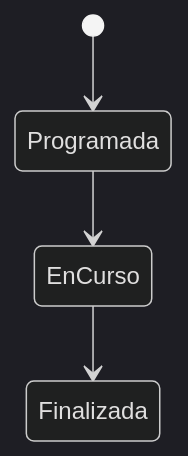
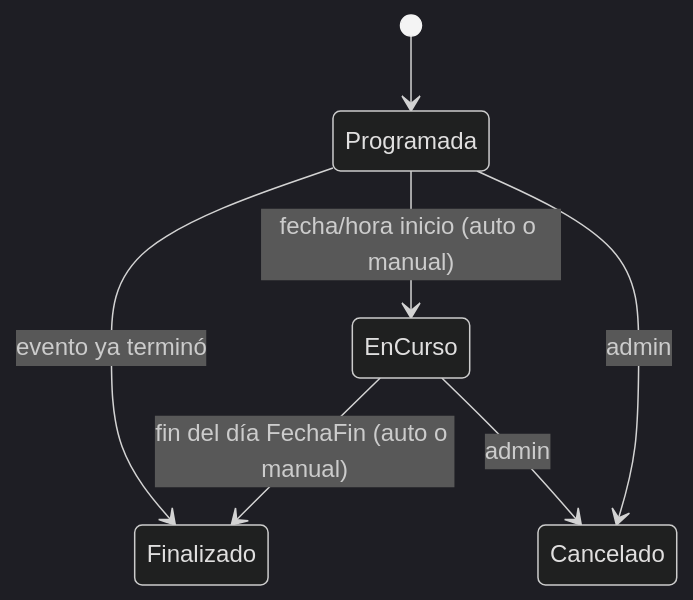
Before and after one commit to EzequielDigiacomo/SportTrack-Sigdef: the seventh of 11 diagrams in docs/tecnico/diagramas/02-casos-actividad-estados.md, drawn with Mermaid (dark theme). The commit also changed other lines of this file and 31 other files, not shown here.

````diff
--- a/docs/tecnico/diagramas/02-casos-actividad-estados.md
+++ b/docs/tecnico/diagramas/02-casos-actividad-estados.md
@@ -89,6 +94,9 @@
 ```mermaid
 stateDiagram-v2
     [*] --> Programada
-    Programada --> EnCurso
-    EnCurso --> Finalizada
+    Programada --> EnCurso: fecha/hora inicio (auto o manual)
+    EnCurso --> Finalizado: fin del día FechaFin (auto o manual)
+    Programada --> Finalizado: evento ya terminó
+    Programada --> Cancelado: admin
+    EnCurso --> Cancelado: admin
 ```
````
